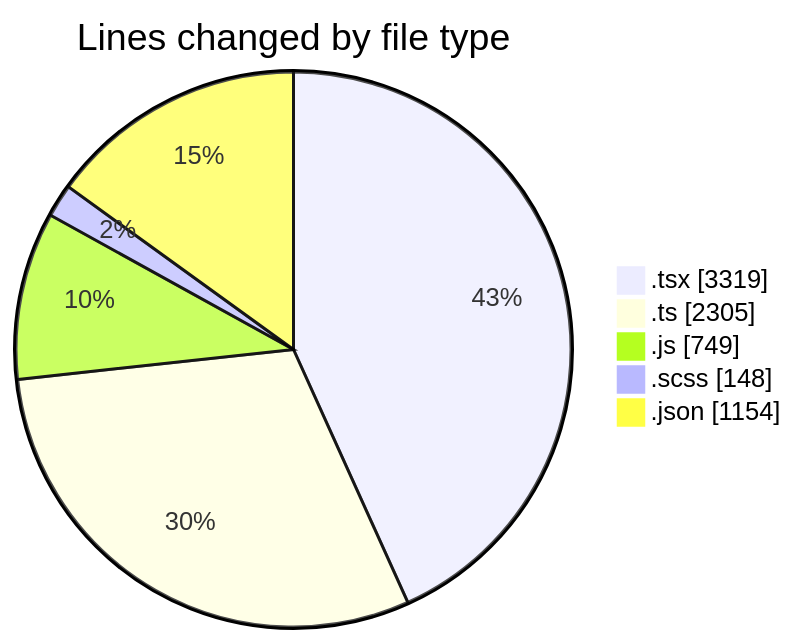
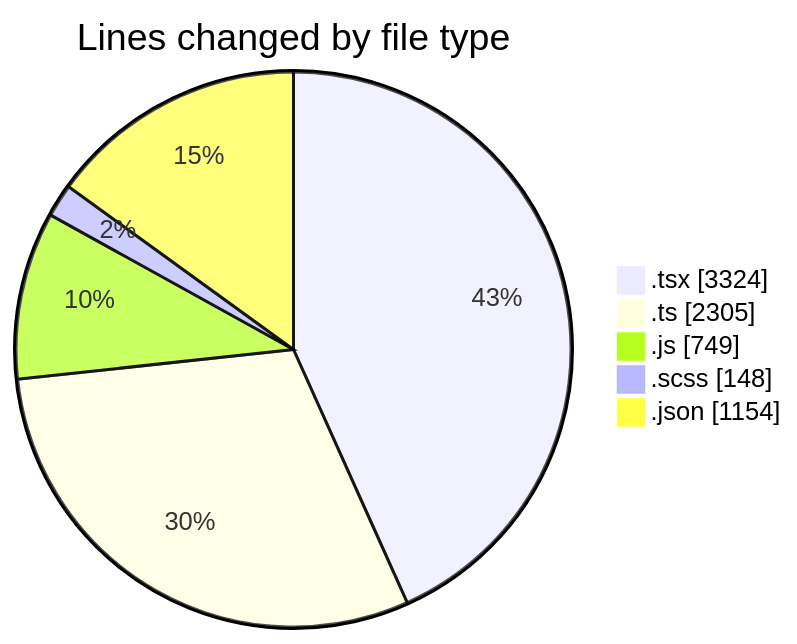
One commit to momahboobian/code-tracking changed the first of 2 diagrams in 2026-06-15/cda/README.md. Above: the diagram before and after it, drawn with Mermaid. The commit also changed other lines of this file and 1 other file, not shown here.

````diff
--- a/2026-06-15/cda/README.md
+++ b/2026-06-15/cda/README.md
@@ -63,9 +63,9 @@
 ```mermaid
 pie showData
 title Lines changed by file type
-".tsx" : 3319
+".tsx" : 3324
 ".ts" : 2305
 ".js" : 749
 ".scss" : 148
 ".json" : 1154
 ```
````
